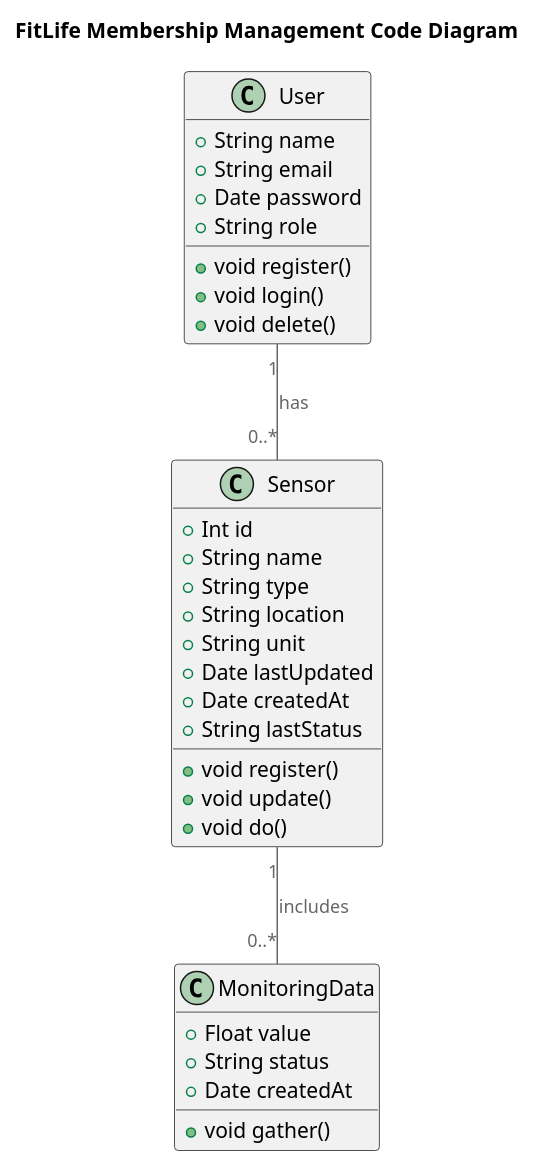
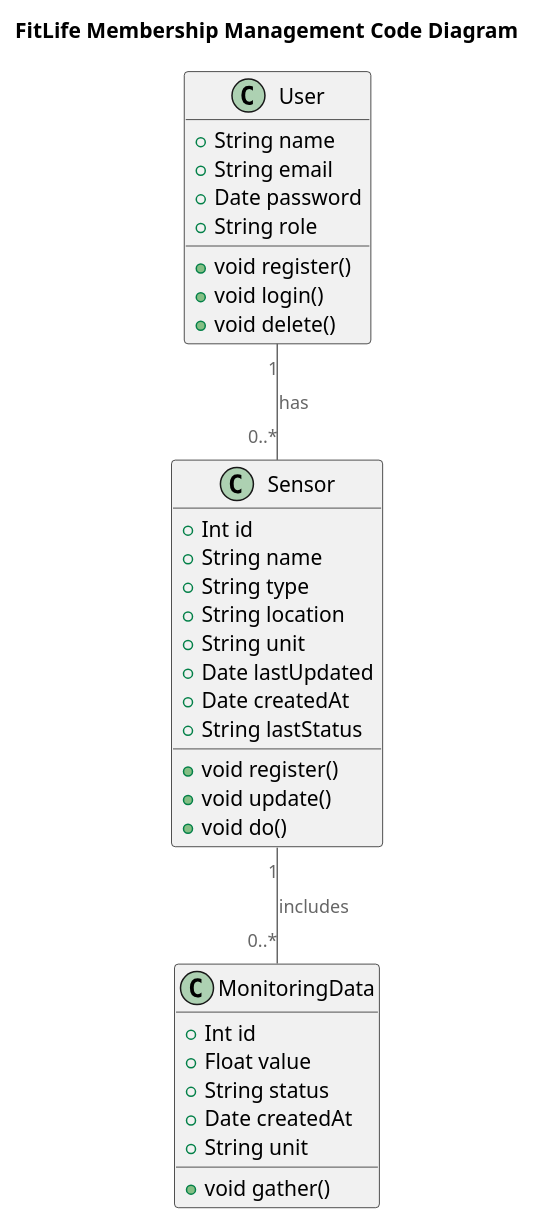
The fifth of 6 diagrams in README.md (egorgasay/architecture-pro-warmhouse), drawn with PlantUML before and after one commit. The commit also changed other lines of this file, not shown here.

````diff
--- a/README.md
+++ b/README.md
@@ -288,45 +295,47 @@
 ```plantuml
 @startuml
 title FitLife Membership Management Code Diagram
 
 top to bottom direction
 
 !includeurl https://raw.githubusercontent.com/RicardoNiepel/C4-PlantUML/master/C4_Component.puml
 
 class MonitoringData {
+  +Int id
   +Float value
   +String status
   +Date createdAt
+  +String unit
   +void gather()
 }
 
 class Sensor {
   +Int id
   +String name
   +String type
   +String location
   +String unit
   +Date lastUpdated
   +Date createdAt
   +String lastStatus
   +void register()
   +void update()
   +void do()
 }
 
 
 class User {
   +String name
   +String email
   +Date password
   +String role
   +void register()
   +void login()
   +void delete()
 }
 
 User "1" -- "0..*" Sensor : has
 Sensor "1" -- "0..*" MonitoringData : includes
 
 @enduml
 ```
````
